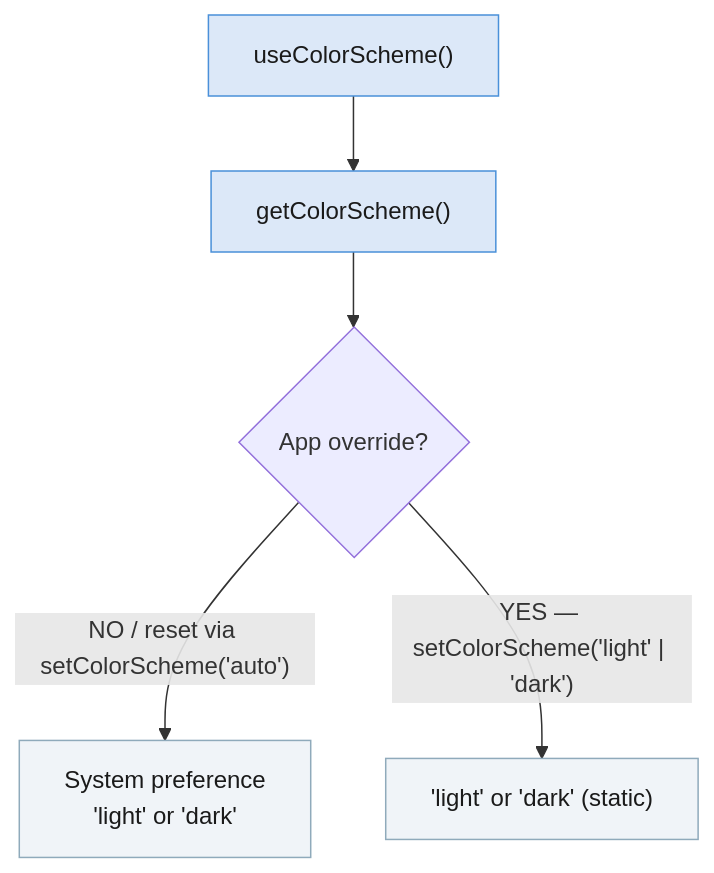
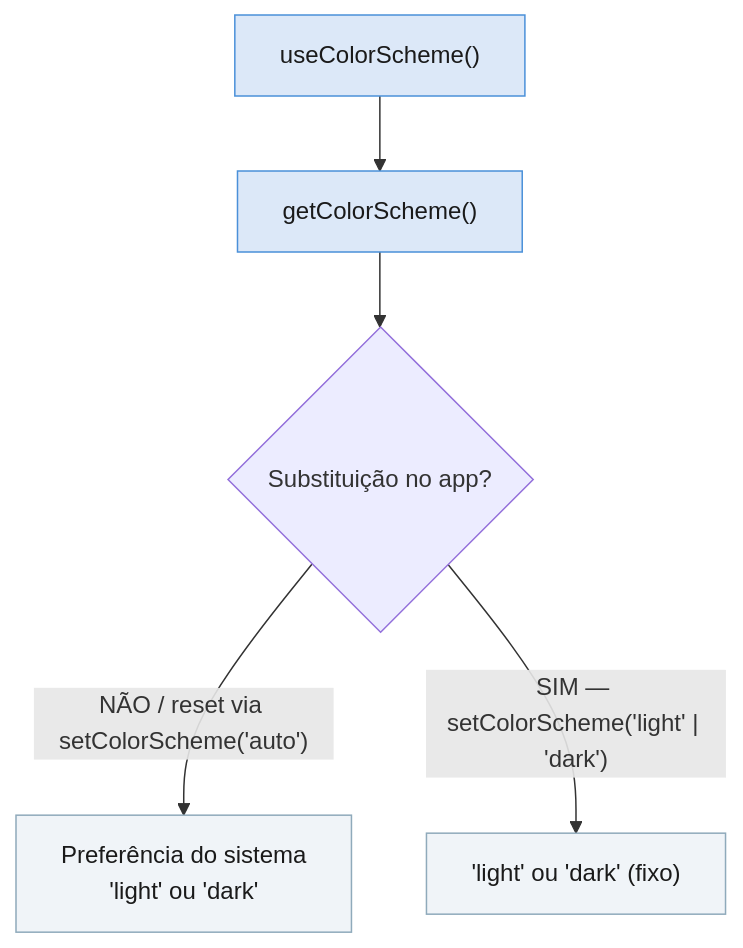
The diagram in docs/appearance.md (documentacao-dev/react-native-brasil-website), drawn with Mermaid before and after one commit. The commit also changed other lines of this file and 38 other files, not shown here.

````diff
--- a/docs/appearance.md
+++ b/docs/appearance.md
@@ -64,12 +65,12 @@
 ```mermaid
 flowchart TD
     USC["useColorScheme()"] --> GCS["getColorScheme()"]
-    GCS --> DEC{App override?}
-    DEC -- "NO / reset via setColorScheme('auto')" --> SYS["System preference\n'light' or 'dark'"]
-    DEC -- "YES — setColorScheme('light' | 'dark')" --> OVR["'light' or 'dark' (static)"]
+    GCS --> DEC{Substituição no app?}
+    DEC -- "NÃO / reset via setColorScheme('auto')" --> SYS["Preferência do sistema\n'light' ou 'dark'"]
+    DEC -- "SIM — setColorScheme('light' | 'dark')" --> OVR["'light' ou 'dark' (fixo)"]
 
     classDef fn fill:#dce8f8,stroke:#4a90d9,color:#1a1a1a
     classDef out fill:#f0f4f8,stroke:#8faabb,color:#1a1a1a
     class USC,GCS fn
     class OVR,SYS out
 ```
````
